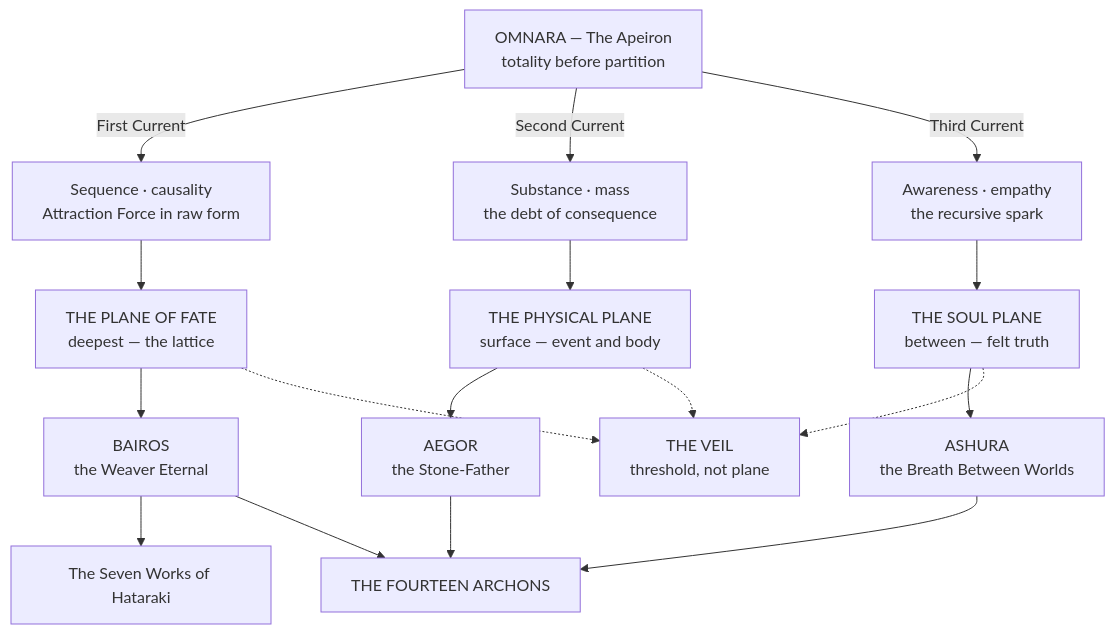
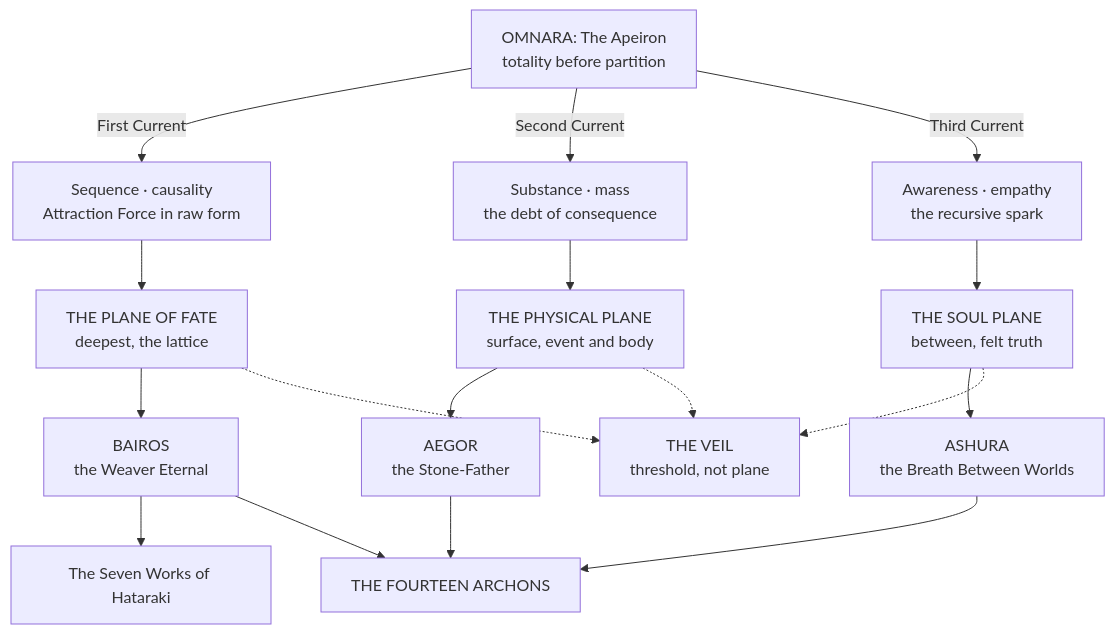
One commit to vispotvision/wotr-rule-index changed the diagram in wiki/Cosmology & Metaphysics/Cosmology & Metaphysics.md. Above: the diagram before and after it, drawn with Mermaid. The commit also changed other lines of this file and 160 other files, not shown here.

````diff
--- a/wiki/Cosmology & Metaphysics/Cosmology & Metaphysics.md
+++ b/wiki/Cosmology & Metaphysics/Cosmology & Metaphysics.md
@@ -24,20 +30,20 @@
 ```mermaid
 flowchart TD
-    O["OMNARA — The Apeiron<br>totality before partition"]
+    O["OMNARA: The Apeiron<br>totality before partition"]
     O -->|"First Current"| C1["Sequence · causality<br>Attraction Force in raw form"]
     O -->|"Second Current"| C2["Substance · mass<br>the debt of consequence"]
     O -->|"Third Current"| C3["Awareness · empathy<br>the recursive spark"]
-    C1 --> PF["THE PLANE OF FATE<br>deepest — the lattice"]
-    C2 --> PP["THE PHYSICAL PLANE<br>surface — event and body"]
-    C3 --> SP["THE SOUL PLANE<br>between — felt truth"]
+    C1 --> PF["THE PLANE OF FATE<br>deepest, the lattice"]
+    C2 --> PP["THE PHYSICAL PLANE<br>surface, event and body"]
+    C3 --> SP["THE SOUL PLANE<br>between, felt truth"]
     PF --> B["BAIROS<br>the Weaver Eternal"]
     PP --> A["AEGOR<br>the Stone-Father"]
     SP --> AS["ASHURA<br>the Breath Between Worlds"]
     B --> WK["The Seven Works of Hataraki"]
     B --> AR["THE FOURTEEN ARCHONS"]
     A --> AR
     AS --> AR
     PF -.-> V["THE VEIL<br>threshold, not plane"]
     PP -.-> V
     SP -.-> V
 ```
````
